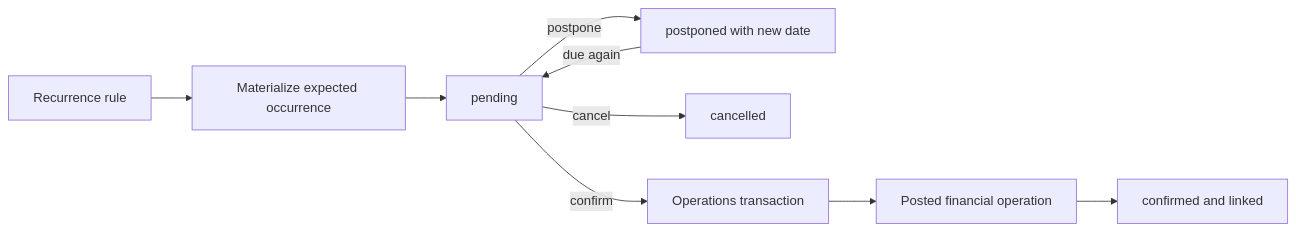
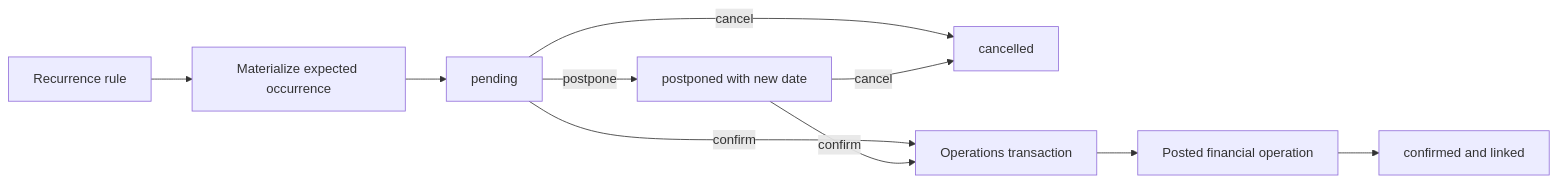
The sixth of 7 diagrams in docs/architecture/data-flow.md (Gollardo/hermes), drawn with Mermaid before and after one commit. The commit also changed other lines of this file and 59 other files, not shown here.

````diff
--- a/docs/architecture/data-flow.md
+++ b/docs/architecture/data-flow.md
@@ -114,11 +114,12 @@
 ```mermaid
 flowchart LR
     Rule["Recurrence rule"] --> Generate["Materialize expected occurrence"]
     Generate --> Pending["pending"]
     Pending -->|postpone| Postponed["postponed with new date"]
-    Postponed -->|due again| Pending
     Pending -->|cancel| Cancelled["cancelled"]
+    Postponed -->|cancel| Cancelled
     Pending -->|confirm| Tx["Operations transaction"]
+    Postponed -->|confirm| Tx
     Tx --> Actual["Posted financial operation"]
     Actual --> Confirmed["confirmed and linked"]
 ```
````
